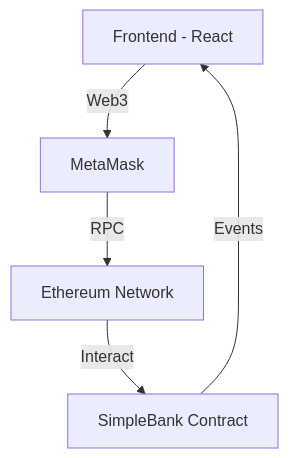
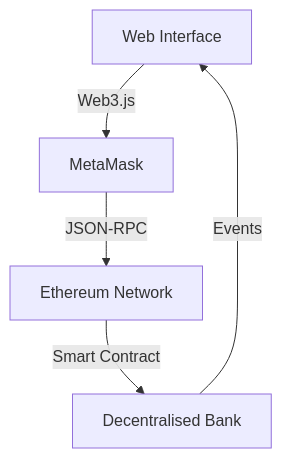
Before and after one commit to VagabondBushido/decentralised-Bank: the diagram in README.md, drawn with Mermaid. The commit also changed other lines of this file, not shown here.

````diff
--- a/README.md
+++ b/README.md
@@ -99,7 +128,7 @@
 ```mermaid
-graph TD
-    A[Frontend - React] -->|Web3| B[MetaMask]
-    B -->|RPC| C[Ethereum Network]
-    C -->|Interact| D[SimpleBank Contract]
+flowchart TD
+    A[Web Interface] -->|Web3.js| B[MetaMask]
+    B -->|JSON-RPC| C[Ethereum Network]
+    C -->|Smart Contract| D[Decentralised Bank]
     D -->|Events| A
 ```
````
